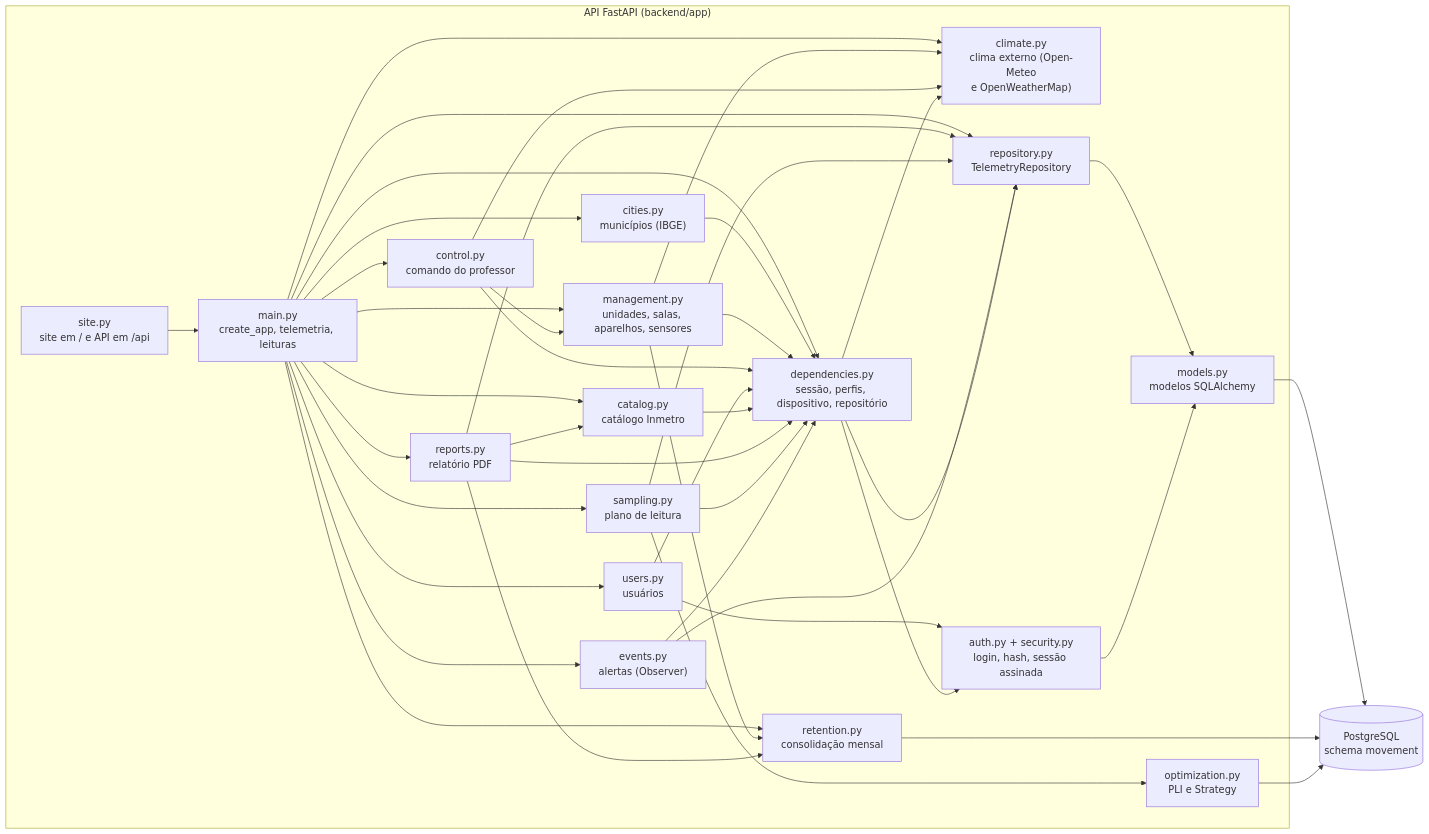
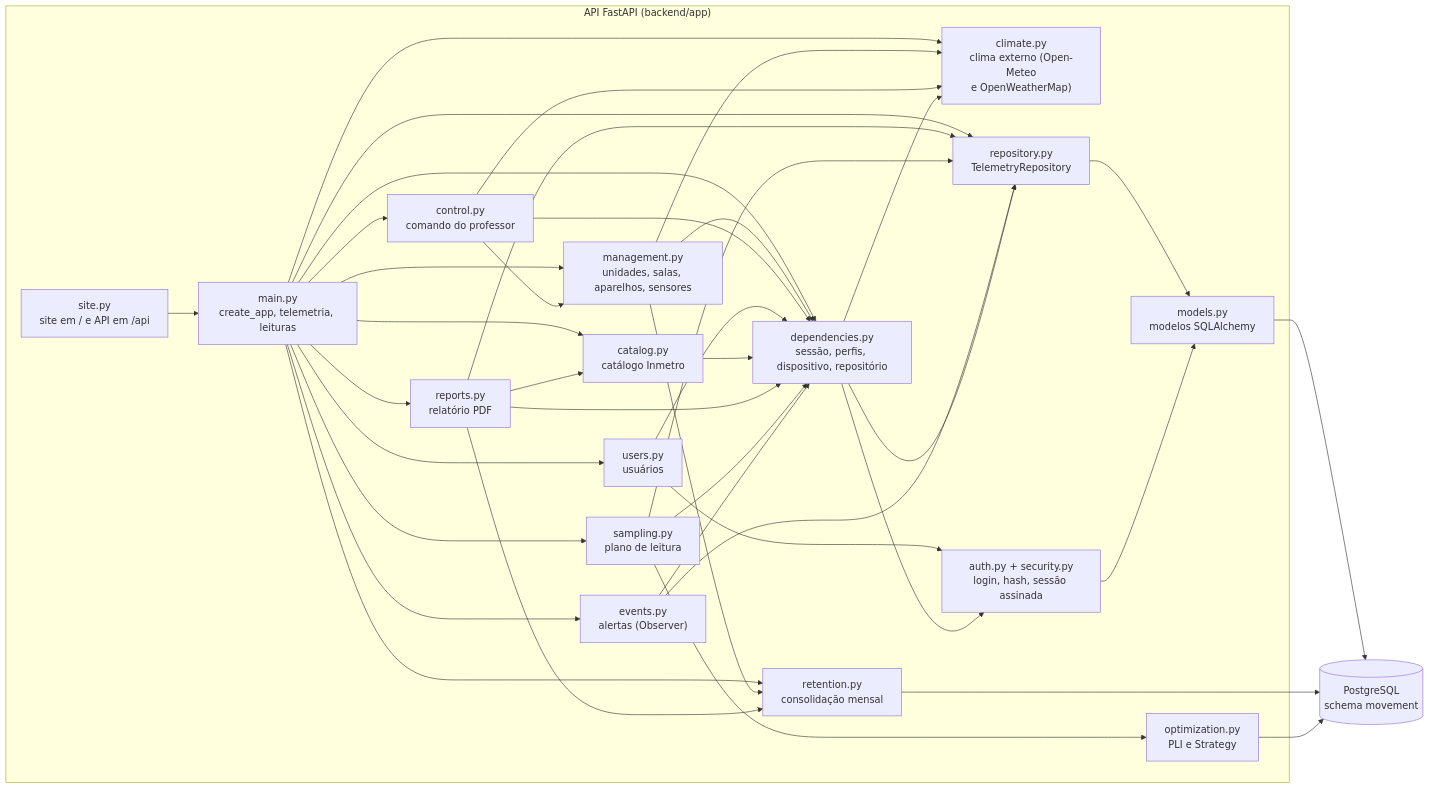
One commit to expotech2026-2/Projeto-Movement-2.0 changed the third of 5 diagrams in docs/arquitetura.md. Above: the diagram before and after it, drawn with Mermaid. The commit also changed other lines of this file and 8 other files, not shown here.

````diff
--- a/docs/arquitetura.md
+++ b/docs/arquitetura.md
@@ -83,40 +85,38 @@
 ```mermaid
 flowchart LR
   subgraph API["API FastAPI (backend/app)"]
     site["site.py<br/>site em / e API em /api"]
     main["main.py<br/>create_app, telemetria, leituras"]
     mgmt["management.py<br/>unidades, salas, aparelhos, sensores"]
     users["users.py<br/>usuários"]
     catalog["catalog.py<br/>catálogo Inmetro"]
     reports["reports.py<br/>relatório PDF"]
     sampling["sampling.py<br/>plano de leitura"]
     events["events.py<br/>alertas (Observer)"]
     control["control.py<br/>comando do professor"]
     climate["climate.py<br/>clima externo (Open-Meteo<br/>e OpenWeatherMap)"]
-    cities["cities.py<br/>municípios (IBGE)"]
     deps["dependencies.py<br/>sessão, perfis, dispositivo, repositório"]
     auth["auth.py + security.py<br/>login, hash, sessão assinada"]
     repo["repository.py<br/>TelemetryRepository"]
     retention["retention.py<br/>consolidação mensal"]
     opt["optimization.py<br/>PLI e Strategy"]
     models["models.py<br/>modelos SQLAlchemy"]
   end
   db[("PostgreSQL<br/>schema movement")]
   site --> main
-  main --> mgmt & users & catalog & reports & sampling & events & control & cities
+  main --> mgmt & users & catalog & reports & sampling & events & control
   main --> deps & repo & retention & climate
-  cities --> deps
   mgmt --> deps & retention & climate
   control --> deps & mgmt & climate
   users --> deps & auth
   catalog --> deps
   reports --> deps & repo & retention & catalog
   sampling --> deps & opt & repo
   events --> deps & repo
   deps --> auth & repo & climate
   repo --> models
   auth --> models
   models --> db
   retention --> db
   opt --> db
 ```
````
